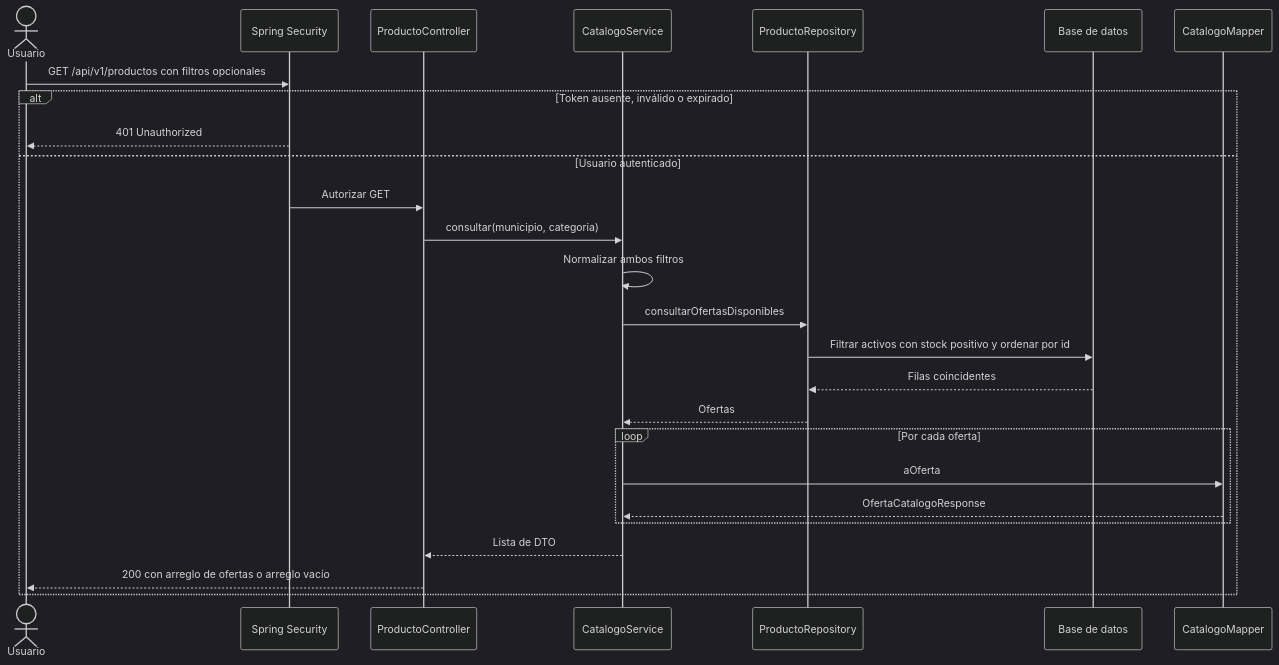
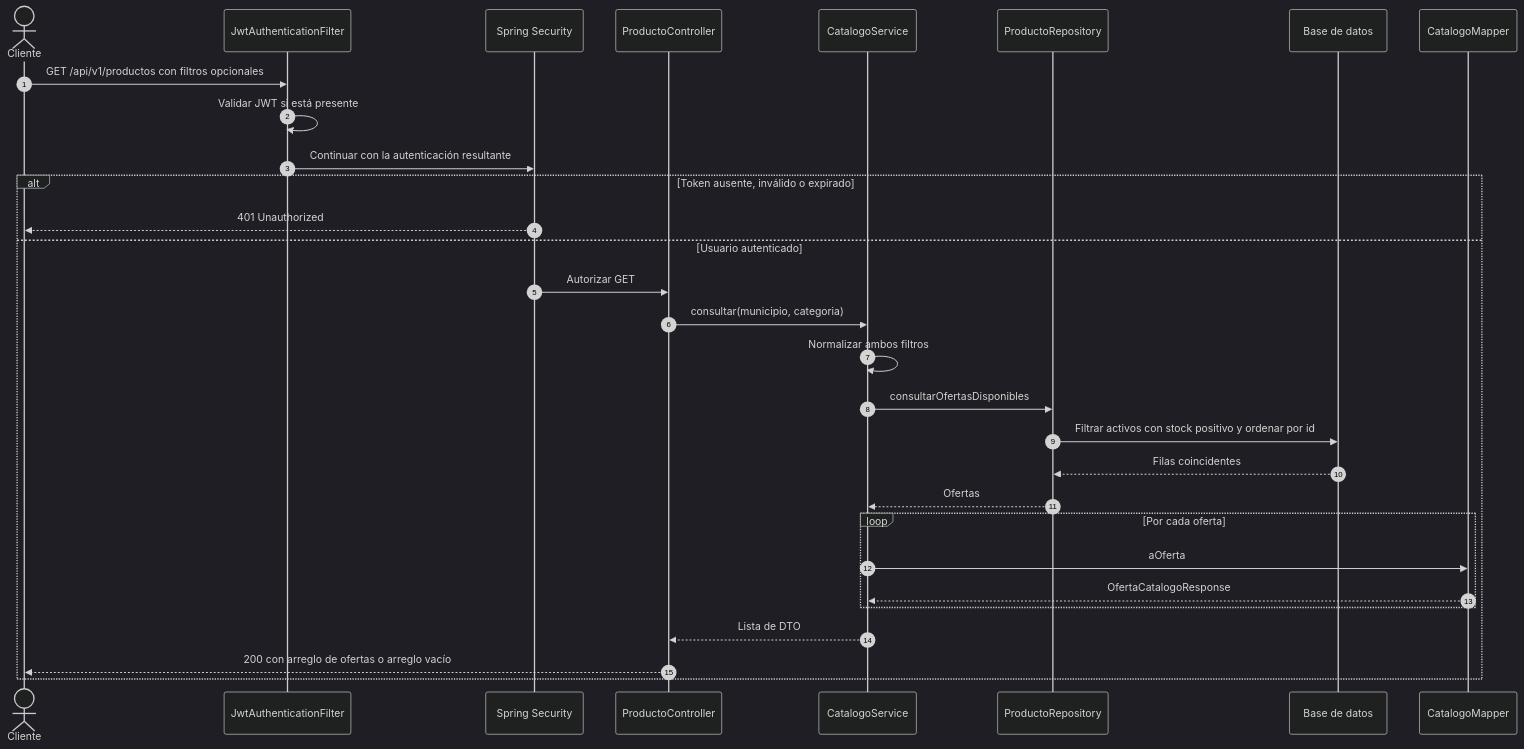
The sixth of 6 diagrams in docs/diseno/diagrama-secuencia.md (Angel-uniajc/AgrovalleConnect), drawn with Mermaid (dark theme) before and after one commit. The commit also changed other lines of this file and 2 other files, not shown here.

````diff
--- a/docs/diseno/diagrama-secuencia.md
+++ b/docs/diseno/diagrama-secuencia.md
@@ -596,28 +599,32 @@
 ```mermaid
 sequenceDiagram
-    actor U as Usuario
+    autonumber
+    actor U as Cliente
+    participant J as JwtAuthenticationFilter
     participant F as Spring Security
     participant C as ProductoController
     participant S as CatalogoService
     participant R as ProductoRepository
     participant DB as Base de datos
     participant M as CatalogoMapper
-    U->>F: GET /api/v1/productos con filtros opcionales
+    U->>J: GET /api/v1/productos con filtros opcionales
+    J->>J: Validar JWT si está presente
+    J->>F: Continuar con la autenticación resultante
     alt Token ausente, inválido o expirado
         F-->>U: 401 Unauthorized
     else Usuario autenticado
         F->>C: Autorizar GET
         C->>S: consultar(municipio, categoria)
         S->>S: Normalizar ambos filtros
         S->>R: consultarOfertasDisponibles
         R->>DB: Filtrar activos con stock positivo y ordenar por id
         DB-->>R: Filas coincidentes
         R-->>S: Ofertas
         loop Por cada oferta
             S->>M: aOferta
             M-->>S: OfertaCatalogoResponse
         end
         S-->>C: Lista de DTO
         C-->>U: 200 con arreglo de ofertas o arreglo vacío
     end
 ```
````
